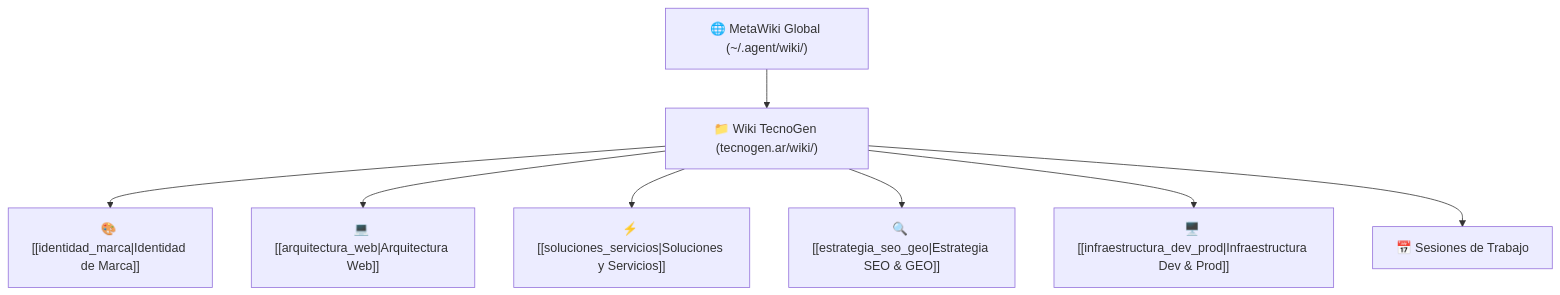
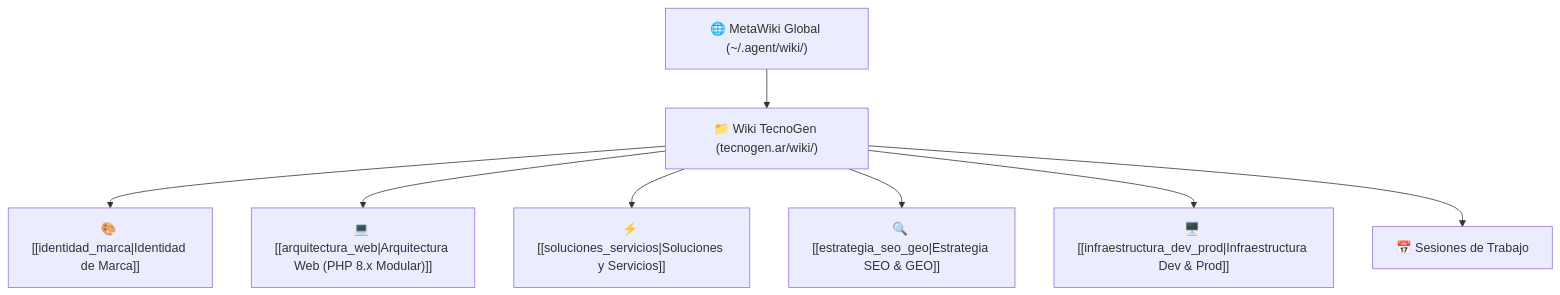
One commit to elbuje/tecnogen.ar changed the diagram in wiki/index.md. Above: the diagram before and after it, drawn with Mermaid. The commit also changed other lines of this file and 7 other files, not shown here.

````diff
--- a/wiki/index.md
+++ b/wiki/index.md
@@ -24,10 +25,10 @@
 ```mermaid
 graph TD
     MetaWiki["🌐 MetaWiki Global (~/.agent/wiki/)"] --> ProjectWiki["📁 Wiki TecnoGen (tecnogen.ar/wiki/)"]
     ProjectWiki --> N1["🎨 [[identidad_marca|Identidad de Marca]]"]
-    ProjectWiki --> N2["💻 [[arquitectura_web|Arquitectura Web]]"]
+    ProjectWiki --> N2["💻 [[arquitectura_web|Arquitectura Web (PHP 8.x Modular)]]"]
     ProjectWiki --> N3["⚡ [[soluciones_servicios|Soluciones y Servicios]]"]
     ProjectWiki --> N4["🔍 [[estrategia_seo_geo|Estrategia SEO & GEO]]"]
     ProjectWiki --> N5["🖥️ [[infraestructura_dev_prod|Infraestructura Dev & Prod]]"]
     ProjectWiki --> Sessions["📅 Sesiones de Trabajo"]
 ```
````
